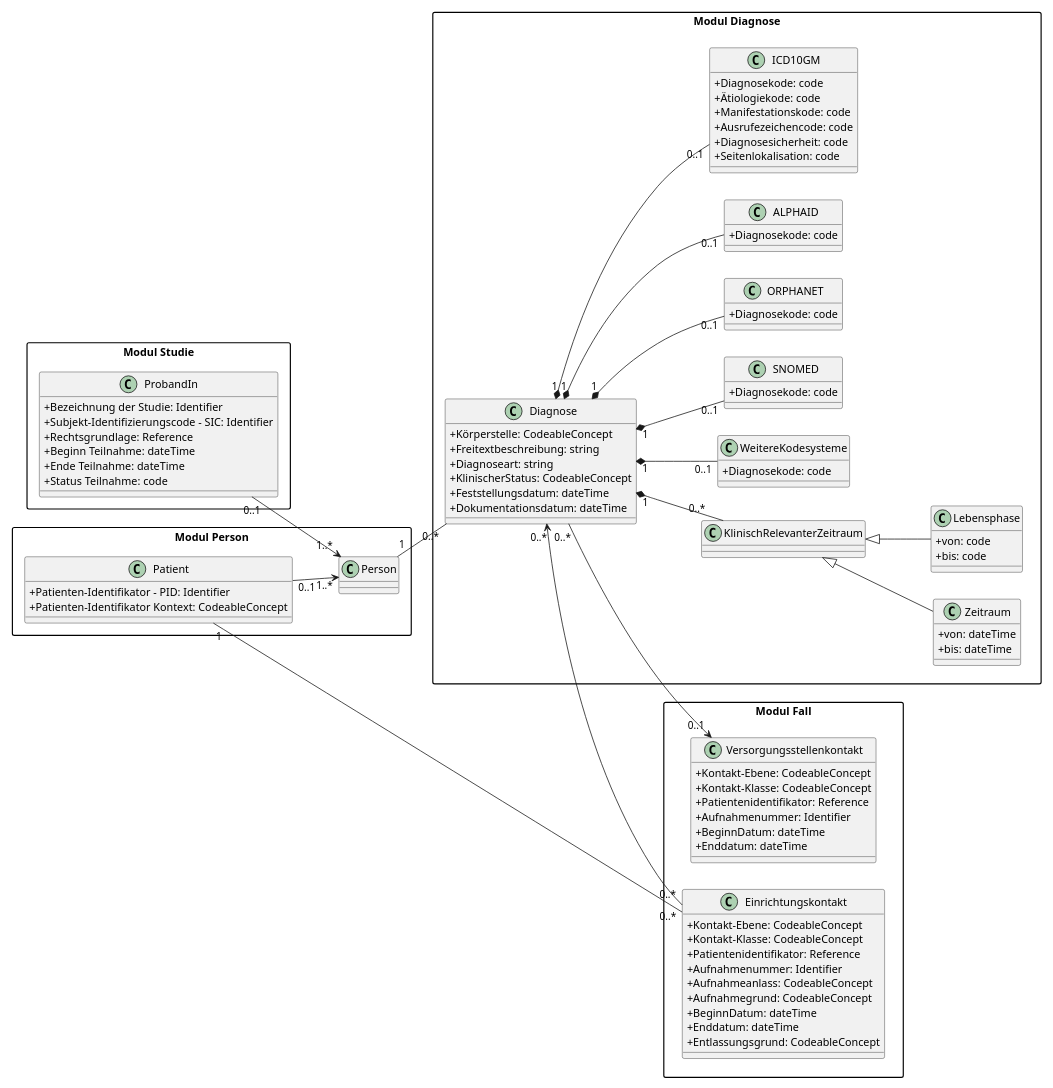
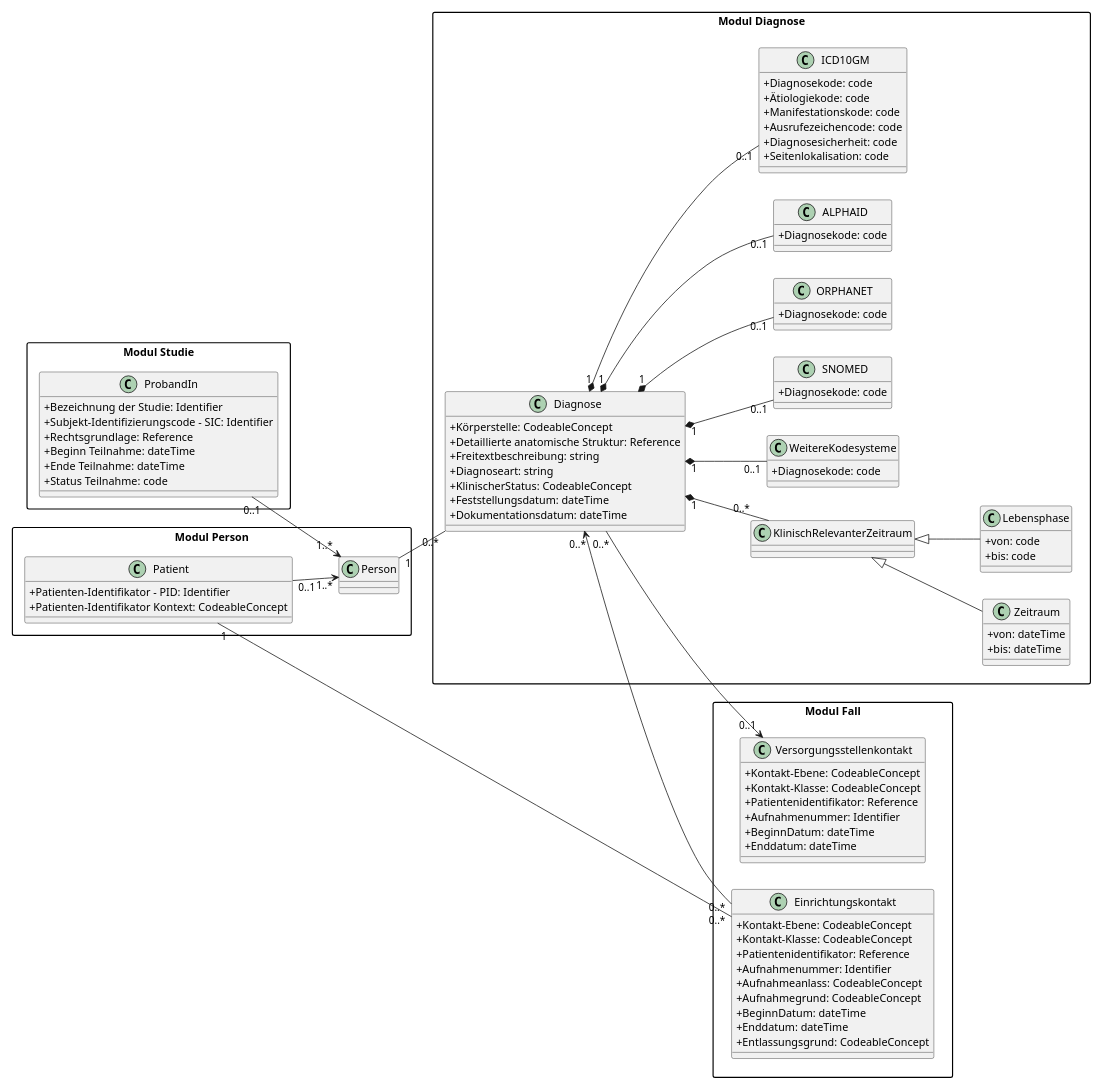
Before and after one commit to medizininformatik-initiative/kerndatensatz-basis: the diagram in input/images-source/diagnose-uml.plantuml, drawn with PlantUML. The commit also changed 13 other files, not shown here.

```diff
--- a/input/images-source/diagnose-uml.plantuml
+++ b/input/images-source/diagnose-uml.plantuml
@@ -1,143 +1,144 @@
 @startuml
 scale 0.7
 skinparam classAttributeIconSize 0
 skinparam shadowing false
 skinparam packageStyle rectangle
 left to right direction
 
 ' ======================================================
 ' LEFT COLUMN — MODUL PERSON
 ' ======================================================
 package "Modul Person" {
     class Person {
     }
 
     class Patient {
       +Patienten-Identifikator – PID: Identifier
       +Patienten-Identifikator Kontext: CodeableConcept
     }
 
 }
 
 ' ======================================================
 ' LEFT COLUMN — MODUL STUDIE
 ' ======================================================
 package "Modul Studie" {
 
     class ProbandIn {
       +Bezeichnung der Studie: Identifier
       +Subjekt-Identifizierungscode – SIC: Identifier
       +Rechtsgrundlage: Reference
       +Beginn Teilnahme: dateTime
       +Ende Teilnahme: dateTime
       +Status Teilnahme: code
     }
 }
 
 ' ======================================================
 ' CENTER COLUMN — MODUL DIAGNOSE
 ' ======================================================
 package "Modul Diagnose" {
 
     class Diagnose {
       +Körperstelle: CodeableConcept
+      +Detaillierte anatomische Struktur: Reference
       +Freitextbeschreibung: string
       +Diagnoseart: string
       +KlinischerStatus: CodeableConcept
       +Feststellungsdatum: dateTime
       +Dokumentationsdatum: dateTime
     }
 
     together {
       class KlinischRelevanterZeitraum
       class Zeitraum {
         +von: dateTime
         +bis: dateTime
       }
       class Lebensphase {
         +von: code
         +bis: code
       }
     }
 
     ' ---- Codesystem classes (inside Modul Diagnose) ----
     together {
       class ICD10GM {
         +Diagnosekode: code
         +Ätiologiekode: code
         +Manifestationskode: code
         +Ausrufezeichencode: code
         +Diagnosesicherheit: code
         +Seitenlokalisation: code
       }
 
       class ALPHAID {
         +Diagnosekode: code
       }
 
       class ORPHANET {
         +Diagnosekode: code
       }
 
       class SNOMED {
         +Diagnosekode: code
       }
 
       class WeitereKodesysteme {
         +Diagnosekode: code
       }
     }
 }
 
 ' ======================================================
 ' RIGHT COLUMN — MODUL FALL
 ' ======================================================
 package "Modul Fall" {
 
     together {
       class Einrichtungskontakt {
         +Kontakt-Ebene: CodeableConcept
         +Kontakt-Klasse: CodeableConcept
         +Patientenidentifikator: Reference
         +Aufnahmenummer: Identifier
         +Aufnahmeanlass: CodeableConcept
         +Aufnahmegrund: CodeableConcept
         +BeginnDatum: dateTime
         +Enddatum: dateTime
         +Entlassungsgrund: CodeableConcept
       }
 
       class Versorgungsstellenkontakt {
         +Kontakt-Ebene: CodeableConcept
         +Kontakt-Klasse: CodeableConcept
         +Patientenidentifikator: Reference
         +Aufnahmenummer: Identifier
         +BeginnDatum: dateTime
         +Enddatum: dateTime
       }
     }
 }
 
 ' ======================================================
 ' RELATIONSHIPS (unchanged)
 ' ======================================================
 
 Person "1" -- "0..*" Diagnose
 Patient "0..1" --> "1..*" Person
 ProbandIn "0..1" --> "1..*" Person
 Patient "1" -- "0..*" Einrichtungskontakt
 
 Diagnose "1" *-- "0..*" KlinischRelevanterZeitraum
 KlinischRelevanterZeitraum <|-- Zeitraum
 KlinischRelevanterZeitraum <|-- Lebensphase
 
 Diagnose "0..*" <-- "0..*" Einrichtungskontakt
 Diagnose "0..*" --> "0..1" Versorgungsstellenkontakt
 
 Diagnose "1" *-- "0..1" SNOMED
 Diagnose "1" *-- "0..1" ALPHAID
 Diagnose "1" *-- "0..1" ORPHANET
 Diagnose "1" *-- "0..1" WeitereKodesysteme
 Diagnose "1" *-- "0..1" ICD10GM
 
 @enduml
```
